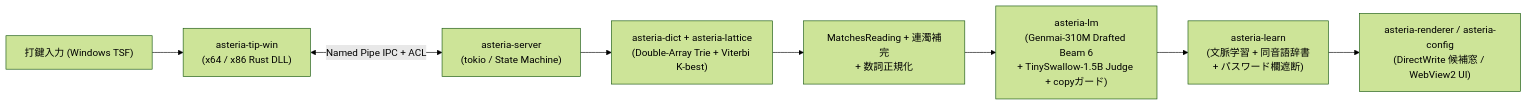
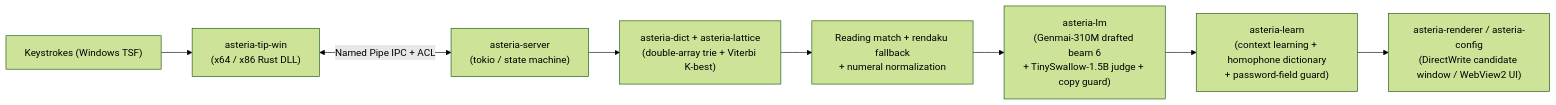
The diagram in README.md (aruiki/Asteria-Japanese-IME), drawn with Mermaid (forest theme) before and after one commit. The commit also changed other lines of this file, not shown here.

````diff
--- a/README.md
+++ b/README.md
@@ -107,10 +107,10 @@
 ```mermaid
 flowchart LR
-    Key["打鍵入力 (Windows TSF)"] --> TIP["asteria-tip-win<br/>(x64 / x86 Rust DLL)"]
-    TIP <-->|Named Pipe IPC + ACL| Server["asteria-server<br/>(tokio / State Machine)"]
-    Server --> Lattice["asteria-dict + asteria-lattice<br/>(Double-Array Trie + Viterbi K-best)"]
-    Lattice --> Validate["MatchesReading + 連濁補完<br/>+ 数詞正規化"]
-    Validate --> LM["asteria-lm<br/>(Genmai-310M Drafted Beam 6<br/>+ TinySwallow-1.5B Judge + copyガード)"]
-    LM --> Learn["asteria-learn<br/>(文脈学習 + 同音語辞書<br/>+ パスワード欄遮断)"]
-    Learn --> UI["asteria-renderer / asteria-config<br/>(DirectWrite 候補窓 / WebView2 UI)"]
+    Key["Keystrokes (Windows TSF)"] --> TIP["asteria-tip-win<br/>(x64 / x86 Rust DLL)"]
+    TIP <-->|Named Pipe IPC + ACL| Server["asteria-server<br/>(tokio / state machine)"]
+    Server --> Lattice["asteria-dict + asteria-lattice<br/>(double-array trie + Viterbi K-best)"]
+    Lattice --> Validate["Reading match + rendaku fallback<br/>+ numeral normalization"]
+    Validate --> LM["asteria-lm<br/>(Genmai-310M drafted beam 6<br/>+ TinySwallow-1.5B judge + copy guard)"]
+    LM --> Learn["asteria-learn<br/>(context learning + homophone dictionary<br/>+ password-field guard)"]
+    Learn --> UI["asteria-renderer / asteria-config<br/>(DirectWrite candidate window / WebView2 UI)"]
 ```
````
